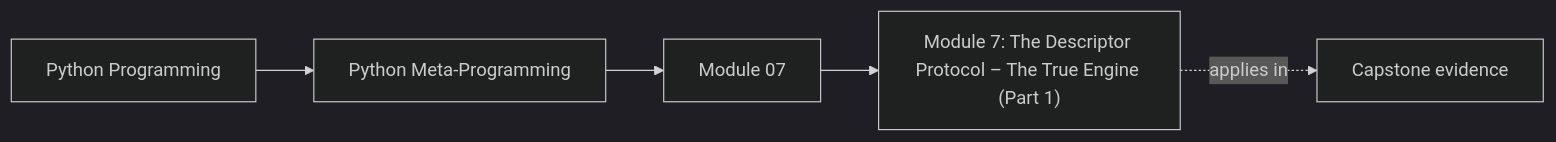
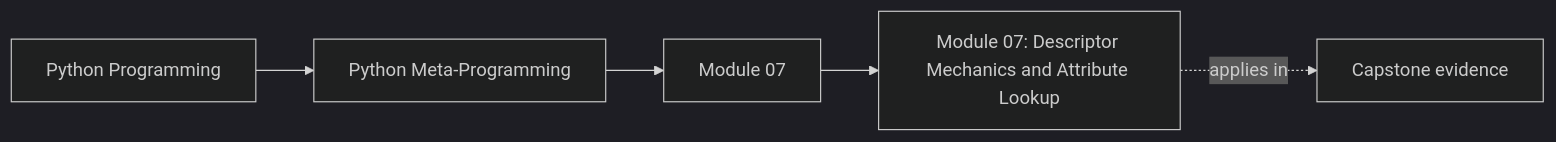
One commit to bijux/bijux-masterclass changed the first of 3 diagrams in programs/python-programming/python-meta-programming/course-book/module-07-descriptor-mechanics-and-lookup/index.md. Above: the diagram before and after it, drawn with Mermaid (dark theme). The commit also changed other lines of this file and 11 other files, not shown here.

````diff
--- a/programs/python-programming/python-meta-programming/course-book/module-07-descriptor-mechanics-and-lookup/index.md
+++ b/programs/python-programming/python-meta-programming/course-book/module-07-descriptor-mechanics-and-lookup/index.md
@@ -8,11 +8,11 @@
 ```mermaid
 graph LR
   family["Python Programming"]
   program["Python Meta-Programming"]
   section["Module 07"]
-  page["Module 7: The Descriptor Protocol – The True Engine (Part 1)"]
+  page["Module 07: Descriptor Mechanics and Attribute Lookup"]
   capstone["Capstone evidence"]
 
   family --> program --> section --> page
   page -.applies in.-> capstone
 ```
````
